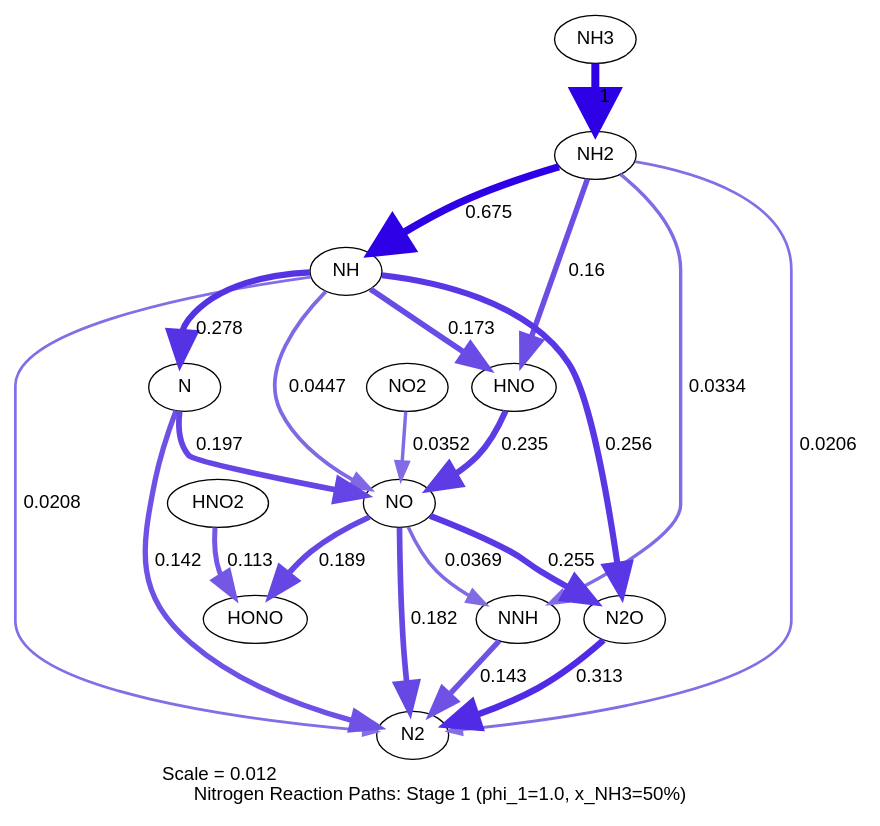
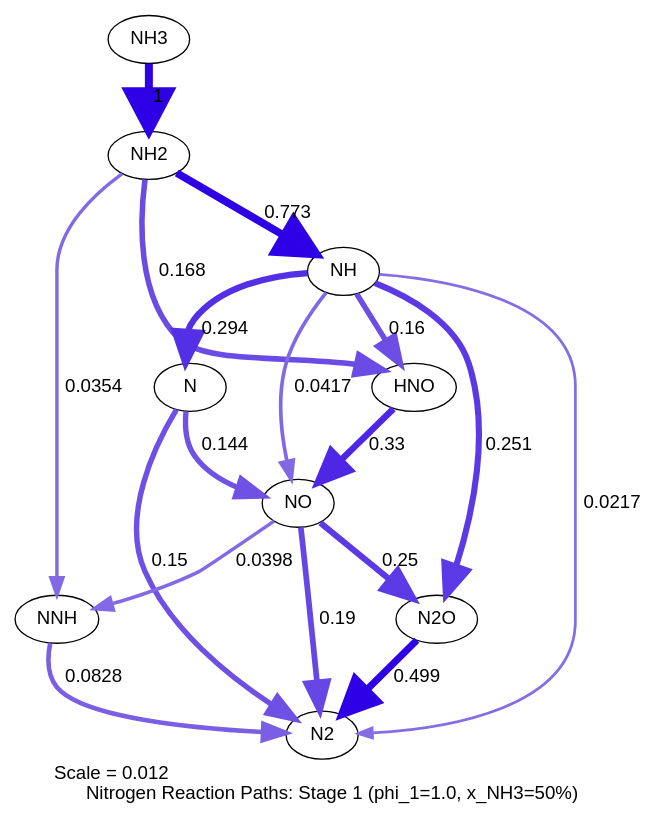
The diagram in results/plots/reaction_path_phi1_1p0_stage1.dot (gargarnav0708/ammonia-hydrogen-staged-combustion), drawn with Graphviz before and after one commit. The commit also changed 16 other files, not shown here.

```diff
--- a/results/plots/reaction_path_phi1_1p0_stage1.dot
+++ b/results/plots/reaction_path_phi1_1p0_stage1.dot
@@ -1,59 +1,48 @@
 digraph reaction_paths {
 center=1;
 s13 -> s14[fontname="Helvetica", penwidth=6, arrowsize=3, color="0.7, 1.5, 0.9"
 , label=" 1"];
-s14 -> s15[fontname="Helvetica", penwidth=5.6, arrowsize=2.8, color="0.7, 1.18, 0.9"
-, label=" 0.675"];
-s14 -> s19[fontname="Helvetica", penwidth=4.12, arrowsize=2.06, color="0.7, 0.66, 0.9"
+s14 -> s15[fontname="Helvetica", penwidth=5.74, arrowsize=2.87, color="0.7, 1.27, 0.9"
+, label=" 0.773"];
+s14 -> s19[fontname="Helvetica", penwidth=4.17, arrowsize=2.09, color="0.7, 0.668, 0.9"
+, label=" 0.168"];
+s14 -> s16[fontname="Helvetica", penwidth=2.59, arrowsize=1.29, color="0.7, 0.535, 0.9"
+, label=" 0.0354"];
+s15 -> s19[fontname="Helvetica", penwidth=4.13, arrowsize=2.06, color="0.7, 0.66, 0.9"
 , label=" 0.16"];
-s14 -> s2[fontname="Helvetica", penwidth=2.03, arrowsize=1.01, color="0.7, 0.521, 0.9"
-, label=" 0.0206"];
-s14 -> s16[fontname="Helvetica", penwidth=2.53, arrowsize=1.26, color="0.7, 0.533, 0.9"
-, label=" 0.0334"];
-s15 -> s19[fontname="Helvetica", penwidth=4.21, arrowsize=2.1, color="0.7, 0.673, 0.9"
-, label=" 0.173"];
-s15 -> s12[fontname="Helvetica", penwidth=4.69, arrowsize=2.35, color="0.7, 0.778, 0.9"
-, label=" 0.278"];
-s15 -> s2[fontname="Helvetica", penwidth=2.04, arrowsize=1.02, color="0.7, 0.521, 0.9"
-, label=" 0.0208"];
-s15 -> s17[fontname="Helvetica", penwidth=2.82, arrowsize=1.41, color="0.7, 0.545, 0.9"
-, label=" 0.0447"];
-s15 -> s18[fontname="Helvetica", penwidth=4.61, arrowsize=2.3, color="0.7, 0.756, 0.9"
-, label=" 0.256"];
-s19 -> s17[fontname="Helvetica", penwidth=4.52, arrowsize=2.26, color="0.7, 0.735, 0.9"
-, label=" 0.235"];
-s12 -> s2[fontname="Helvetica", penwidth=4, arrowsize=2, color="0.7, 0.642, 0.9"
-, label=" 0.142"];
-s12 -> s17[fontname="Helvetica", penwidth=4.34, arrowsize=2.17, color="0.7, 0.697, 0.9"
-, label=" 0.197"];
-s17 -> s2[fontname="Helvetica", penwidth=4.26, arrowsize=2.13, color="0.7, 0.682, 0.9"
-, label=" 0.182"];
-s16 -> s2[fontname="Helvetica", penwidth=4.01, arrowsize=2.01, color="0.7, 0.643, 0.9"
-, label=" 0.143"];
-s18 -> s2[fontname="Helvetica", penwidth=4.81, arrowsize=2.41, color="0.7, 0.813, 0.9"
-, label=" 0.313"];
-s17 -> s16[fontname="Helvetica", penwidth=2.62, arrowsize=1.31, color="0.7, 0.537, 0.9"
-, label=" 0.0369"];
-s17 -> s25[fontname="Helvetica", penwidth=4.29, arrowsize=2.15, color="0.7, 0.689, 0.9"
-, label=" 0.189"];
-s24 -> s17[fontname="Helvetica", penwidth=2.58, arrowsize=1.29, color="0.7, 0.535, 0.9"
-, label=" 0.0352"];
-s17 -> s18[fontname="Helvetica", penwidth=4.6, arrowsize=2.3, color="0.7, 0.755, 0.9"
-, label=" 0.255"];
-s26 -> s25[fontname="Helvetica", penwidth=3.77, arrowsize=1.89, color="0.7, 0.613, 0.9"
-, label=" 0.113"];
+s15 -> s12[fontname="Helvetica", penwidth=4.75, arrowsize=2.37, color="0.7, 0.794, 0.9"
+, label=" 0.294"];
+s15 -> s2[fontname="Helvetica", penwidth=2.08, arrowsize=1.04, color="0.7, 0.522, 0.9"
+, label=" 0.0217"];
+s15 -> s17[fontname="Helvetica", penwidth=2.75, arrowsize=1.38, color="0.7, 0.542, 0.9"
+, label=" 0.0417"];
+s15 -> s18[fontname="Helvetica", penwidth=4.59, arrowsize=2.29, color="0.7, 0.751, 0.9"
+, label=" 0.251"];
+s19 -> s17[fontname="Helvetica", penwidth=4.87, arrowsize=2.43, color="0.7, 0.83, 0.9"
+, label=" 0.33"];
+s12 -> s2[fontname="Helvetica", penwidth=4.06, arrowsize=2.03, color="0.7, 0.65, 0.9"
+, label=" 0.15"];
+s12 -> s17[fontname="Helvetica", penwidth=4.02, arrowsize=2.01, color="0.7, 0.644, 0.9"
+, label=" 0.144"];
+s17 -> s2[fontname="Helvetica", penwidth=4.3, arrowsize=2.15, color="0.7, 0.69, 0.9"
+, label=" 0.19"];
+s16 -> s2[fontname="Helvetica", penwidth=3.45, arrowsize=1.73, color="0.7, 0.583, 0.9"
+, label=" 0.0828"];
+s18 -> s2[fontname="Helvetica", penwidth=5.29, arrowsize=2.64, color="0.7, 0.999, 0.9"
+, label=" 0.499"];
+s17 -> s16[fontname="Helvetica", penwidth=2.7, arrowsize=1.35, color="0.7, 0.54, 0.9"
+, label=" 0.0398"];
+s17 -> s18[fontname="Helvetica", penwidth=4.58, arrowsize=2.29, color="0.7, 0.75, 0.9"
+, label=" 0.25"];
 s2 [ fontname="Helvetica", label="N2"];
 s12 [ fontname="Helvetica", label="N"];
 s13 [ fontname="Helvetica", label="NH3"];
 s14 [ fontname="Helvetica", label="NH2"];
 s15 [ fontname="Helvetica", label="NH"];
 s16 [ fontname="Helvetica", label="NNH"];
 s17 [ fontname="Helvetica", label="NO"];
 s18 [ fontname="Helvetica", label="N2O"];
 s19 [ fontname="Helvetica", label="HNO"];
-s24 [ fontname="Helvetica", label="NO2"];
-s25 [ fontname="Helvetica", label="HONO"];
-s26 [ fontname="Helvetica", label="HNO2"];
  label = "Scale = 0.012\l Nitrogen Reaction Paths: Stage 1 (phi_1=1.0, x_NH3=50%)";
  fontname = "Helvetica";
 }
```
